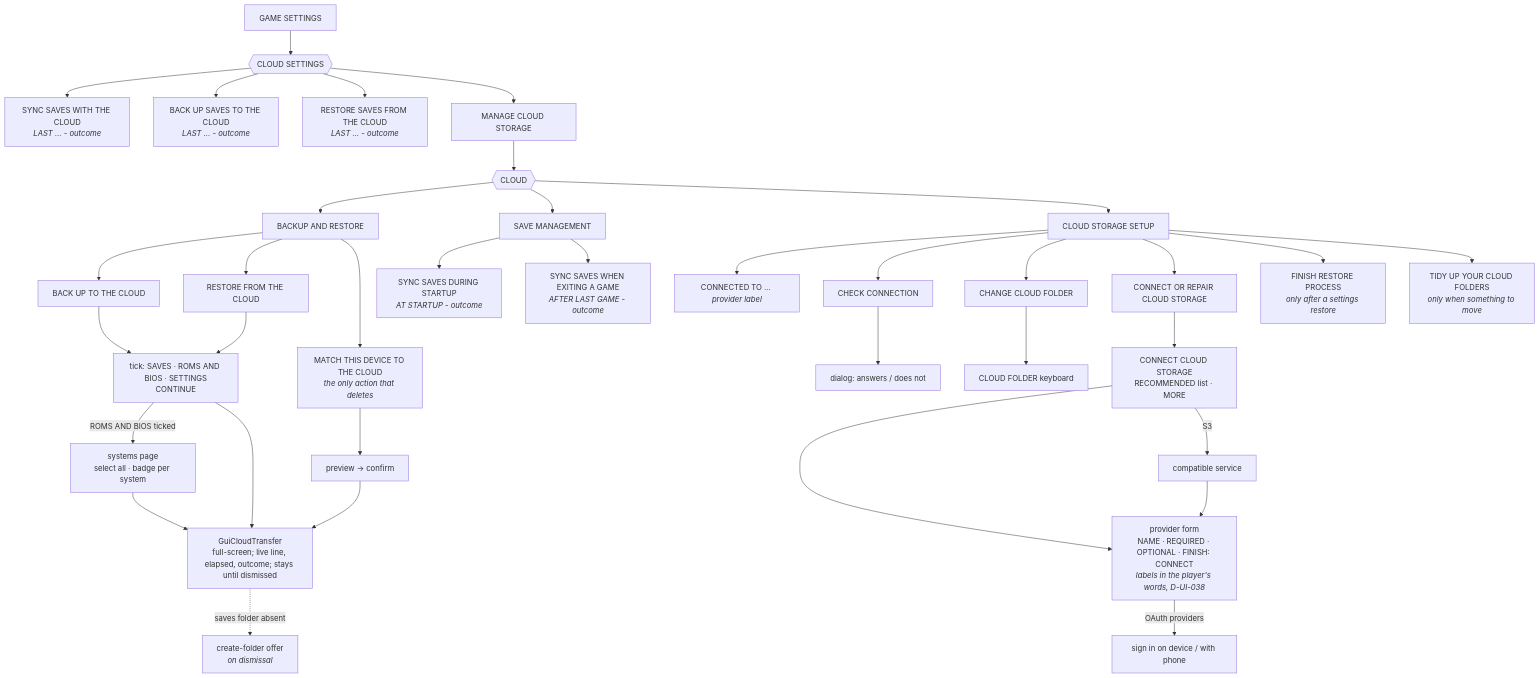
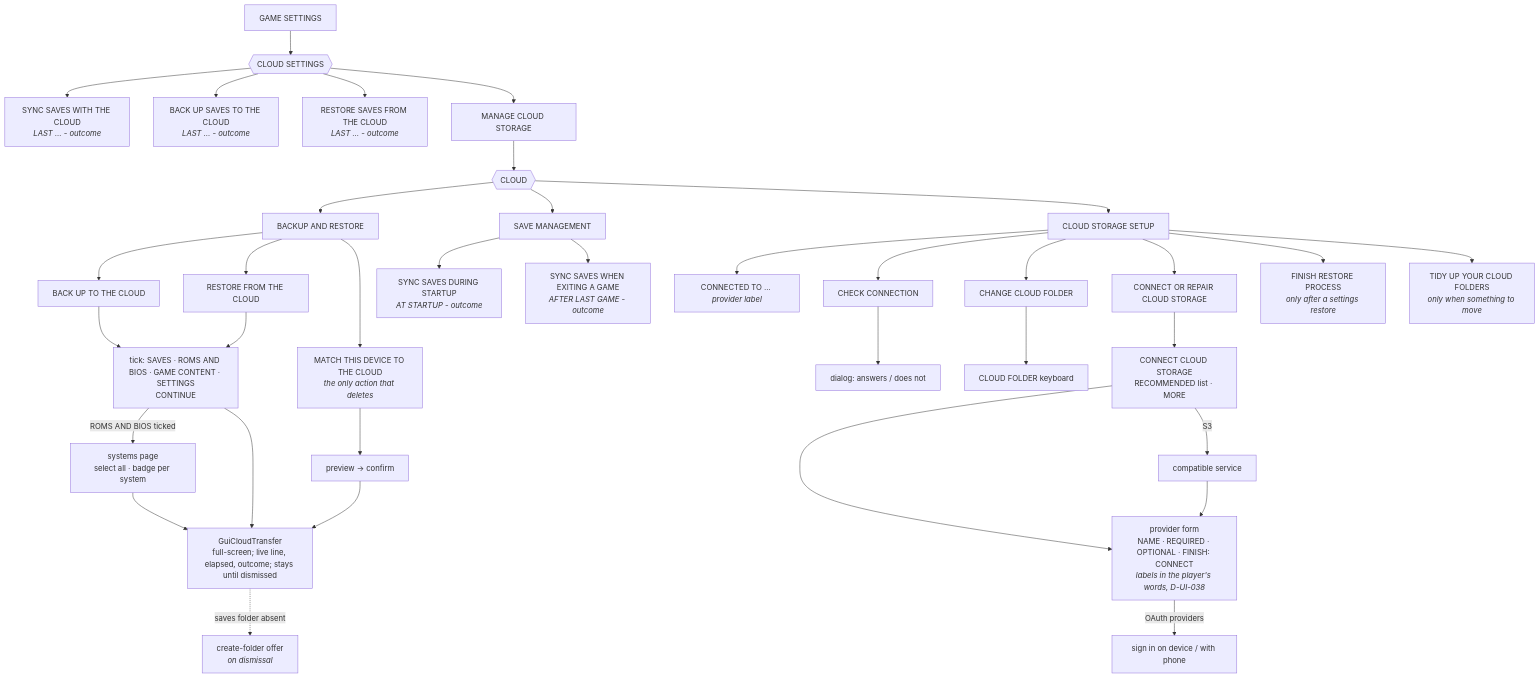
One commit to maxengel/rocknix changed the second of 2 diagrams in docs/es-menu-map.md. Above: the diagram before and after it, drawn with Mermaid. The commit also changed other lines of this file and 6 other files, not shown here.

````diff
--- a/docs/es-menu-map.md
+++ b/docs/es-menu-map.md
@@ -92,33 +95,33 @@
 ```mermaid
 flowchart TD
     GS[GAME SETTINGS] --> CS{{CLOUD SETTINGS}}
     CS --> SYNC[SYNC SAVES WITH THE CLOUD<br/><i>LAST … - outcome</i>]
     CS --> UP[BACK UP SAVES TO THE CLOUD<br/><i>LAST … - outcome</i>]
     CS --> DOWN[RESTORE SAVES FROM THE CLOUD<br/><i>LAST … - outcome</i>]
     CS --> ALL[MANAGE CLOUD STORAGE]
 
     ALL --> HUB{{CLOUD}}
     HUB --> BR[BACKUP AND RESTORE]
-    BR --> BU[BACK UP TO THE CLOUD] --> TICK[tick: SAVES · ROMS AND BIOS · SETTINGS<br/>CONTINUE]
+    BR --> BU[BACK UP TO THE CLOUD] --> TICK[tick: SAVES · ROMS AND BIOS · GAME CONTENT · SETTINGS<br/>CONTINUE]
     BR --> RE[RESTORE FROM THE CLOUD] --> TICK
     TICK -->|ROMS AND BIOS ticked| PICK[systems page<br/>select all · badge per system]
     TICK --> XFER[GuiCloudTransfer<br/>full-screen; live line, elapsed, outcome; stays until dismissed]
     PICK --> XFER
     XFER -.->|saves folder absent| OFFER[create-folder offer<br/><i>on dismissal</i>]
     BR --> MATCH[MATCH THIS DEVICE TO THE CLOUD<br/><i>the only action that deletes</i>] --> PREV[preview → confirm] --> XFER
 
     HUB --> SM[SAVE MANAGEMENT]
     SM --> ST[SYNC SAVES DURING STARTUP<br/><i>AT STARTUP - outcome</i>]
     SM --> GE[SYNC SAVES WHEN EXITING A GAME<br/><i>AFTER LAST GAME - outcome</i>]
 
     HUB --> CSS[CLOUD STORAGE SETUP]
     CSS --> CT[CONNECTED TO … <i>provider label</i>]
     CSS --> CHK[CHECK CONNECTION] --> CHKD[dialog: answers / does not]
     CSS --> FOLDER[CHANGE CLOUD FOLDER] --> KB[CLOUD FOLDER keyboard]
     CSS --> CONN[CONNECT OR REPAIR CLOUD STORAGE] --> LIST[CONNECT CLOUD STORAGE<br/>RECOMMENDED list · MORE]
     LIST --> FORM[provider form<br/>NAME · REQUIRED · OPTIONAL · FINISH: CONNECT<br/><i>labels in the player's words, D-UI-038</i>]
     LIST -->|S3| SUB[compatible service] --> FORM
     FORM -->|OAuth providers| OAUTH[sign in on device / with phone]
     CSS --> FIN[FINISH RESTORE PROCESS<br/><i>only after a settings restore</i>]
     CSS --> TIDY[TIDY UP YOUR CLOUD FOLDERS<br/><i>only when something to move</i>]
 ```
````
